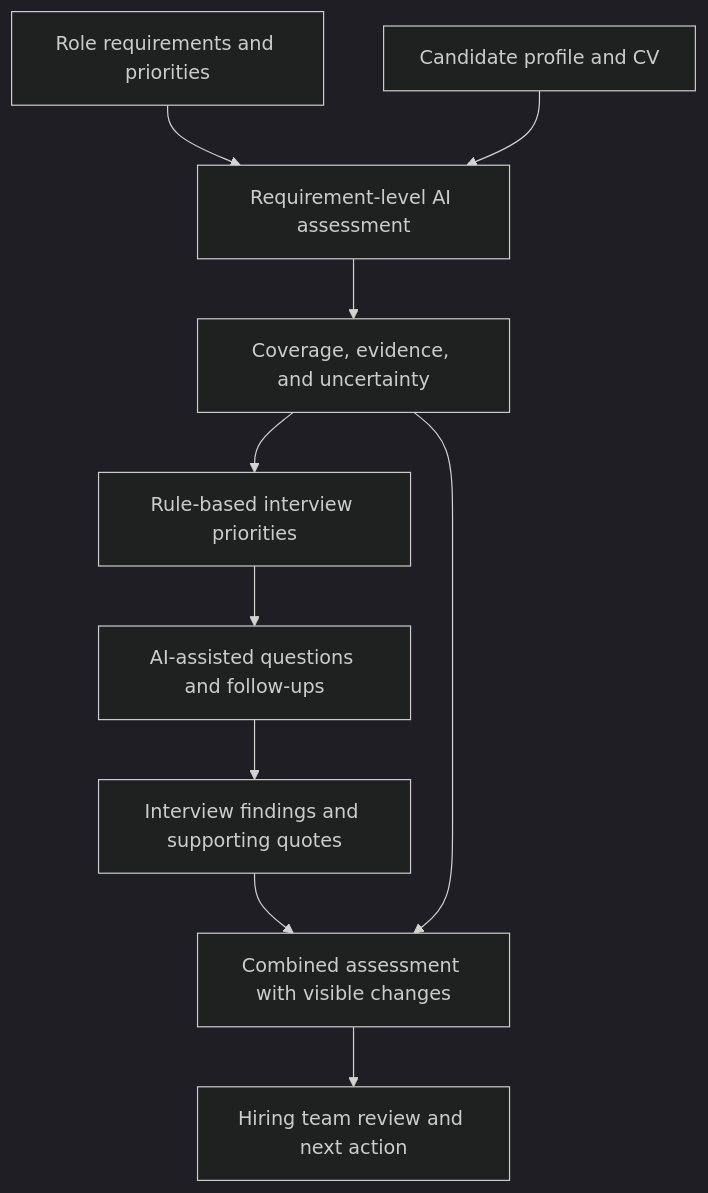
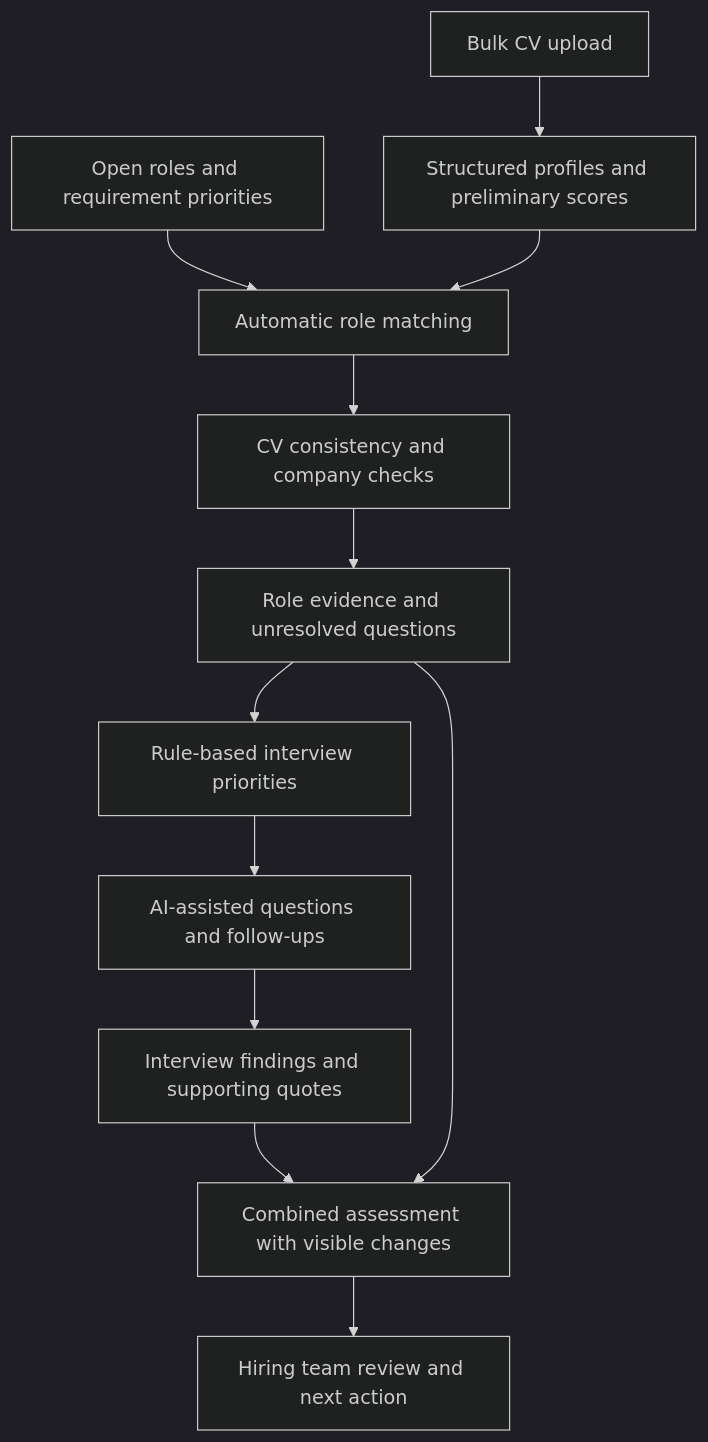
The diagram in talentflow.md (emredemir-maker/ai-product-case-studies), drawn with Mermaid (dark theme) before and after one commit. The commit also changed other lines of this file and 1 other file, not shown here.

Commit message:
Correct Talent-Inn branding and expand intake matching verification case study

````diff
--- a/talentflow.md
+++ b/talentflow.md
@@ -43,12 +43,14 @@
 ```mermaid
 flowchart TD
-    A[Role requirements and priorities] --> C[Requirement-level AI assessment]
-    B[Candidate profile and CV] --> C
-    C --> D[Coverage, evidence, and uncertainty]
+    A[Open roles and requirement priorities] --> C[Automatic role matching]
+    B[Bulk CV upload] --> P[Structured profiles and preliminary scores]
+    P --> C
+    C --> V[CV consistency and company checks]
+    V --> D[Role evidence and unresolved questions]
     D --> E[Rule-based interview priorities]
     E --> F[AI-assisted questions and follow-ups]
     F --> G[Interview findings and supporting quotes]
     G --> H[Combined assessment with visible changes]
     D --> H
     H --> I[Hiring team review and next action]
 ```
````
